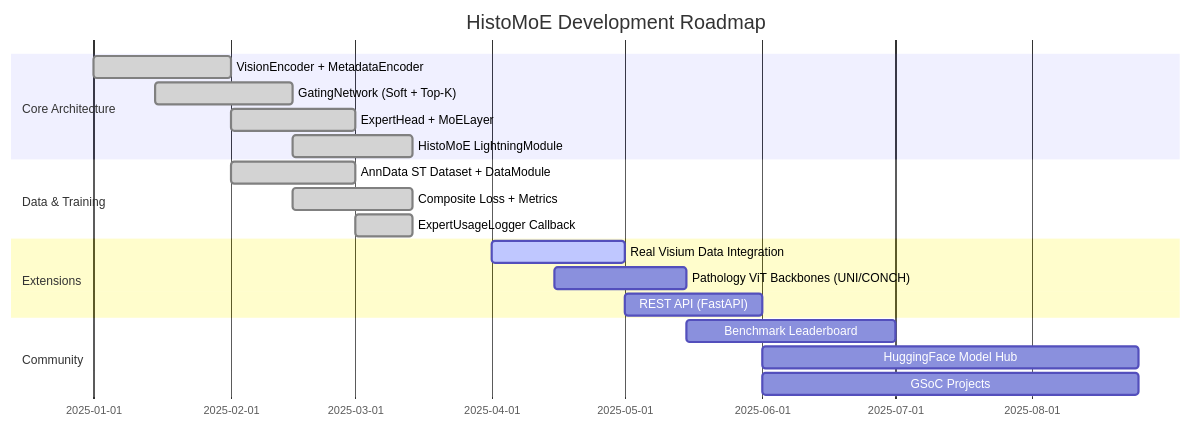
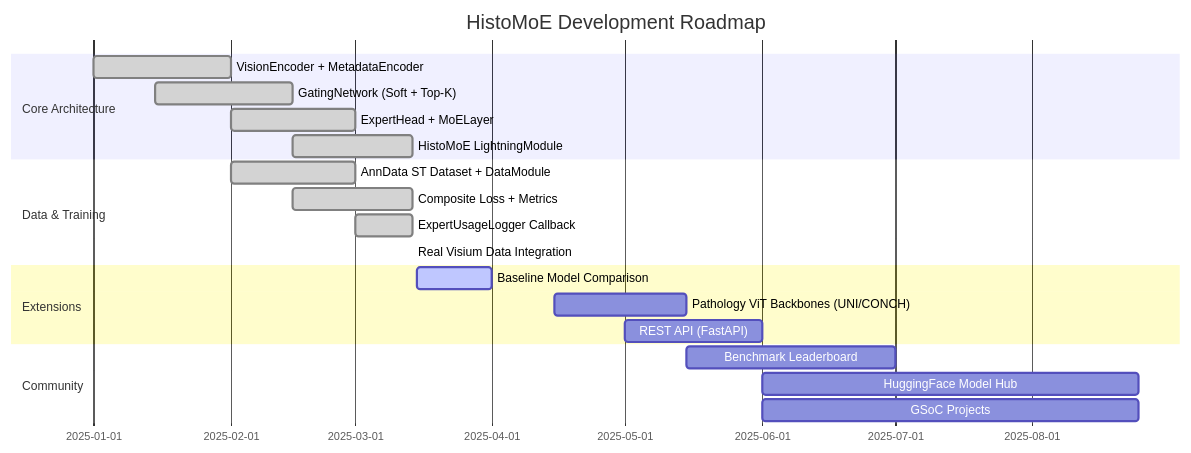
One commit to kumardhruv88/histomoe changed the fourth of 4 diagrams in README.md. Above: the diagram before and after it, drawn with Mermaid. The commit also changed other lines of this file, not shown here.

First line of the commit message:
Update README with GSoC 2026 status and data validation

````diff
--- a/README.md
+++ b/README.md
@@ -498,22 +444,23 @@
 ```mermaid
 gantt
     title HistoMoE Development Roadmap
     dateFormat YYYY-MM-DD
     section Core Architecture
         VisionEncoder + MetadataEncoder     :done,    2025-01-01, 2025-02-01
         GatingNetwork (Soft + Top-K)        :done,    2025-01-15, 2025-02-15
         ExpertHead + MoELayer               :done,    2025-02-01, 2025-03-01
         HistoMoE LightningModule            :done,    2025-02-15, 2025-03-14
     section Data & Training
         AnnData ST Dataset + DataModule     :done,    2025-02-01, 2025-03-01
         Composite Loss + Metrics            :done,    2025-02-15, 2025-03-14
         ExpertUsageLogger Callback          :done,    2025-03-01, 2025-03-14
+        Real Visium Data Integration        :done,    2025-03-14, 2025-03-14
     section Extensions
-        Real Visium Data Integration        :active,  2025-04-01, 2025-05-01
+        Baseline Model Comparison           :active,  2025-03-15, 2025-04-01
         Pathology ViT Backbones (UNI/CONCH) :         2025-04-15, 2025-05-15
         REST API (FastAPI)                  :         2025-05-01, 2025-06-01
     section Community
         Benchmark Leaderboard               :         2025-05-15, 2025-07-01
         HuggingFace Model Hub               :         2025-06-01, 2025-08-25
         GSoC Projects                       :         2025-06-01, 2025-08-25
 ```
````
